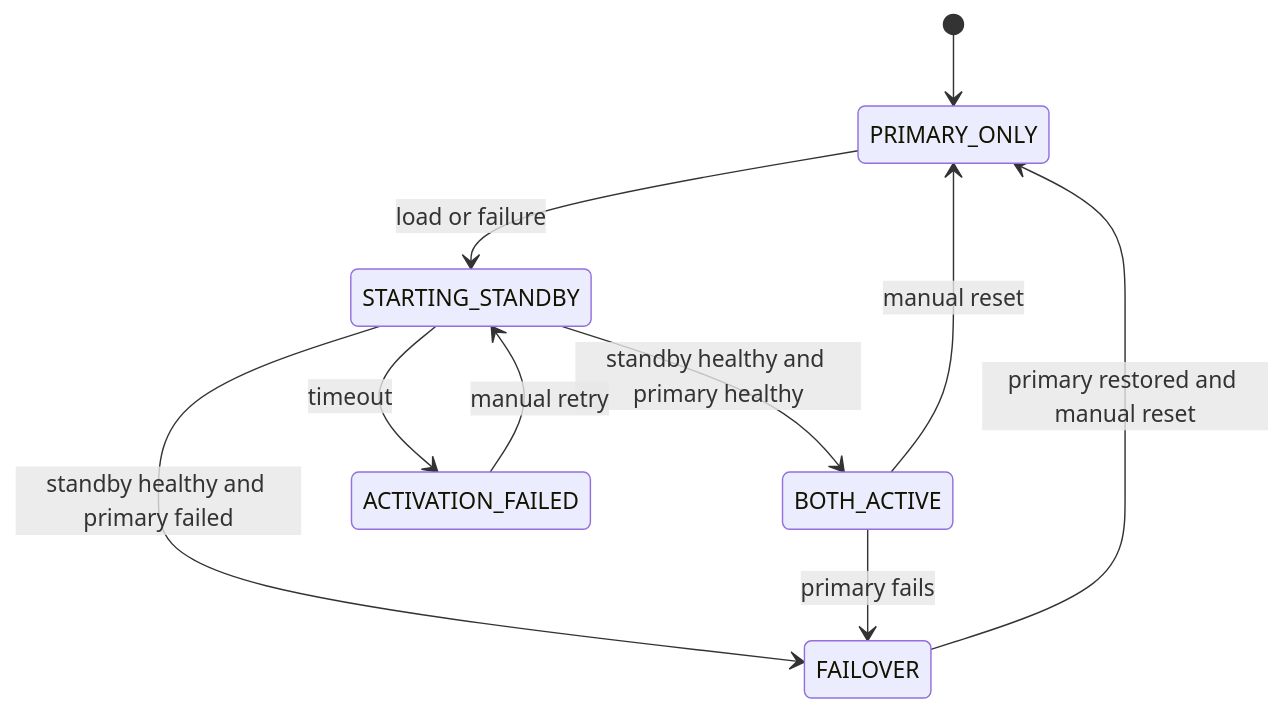
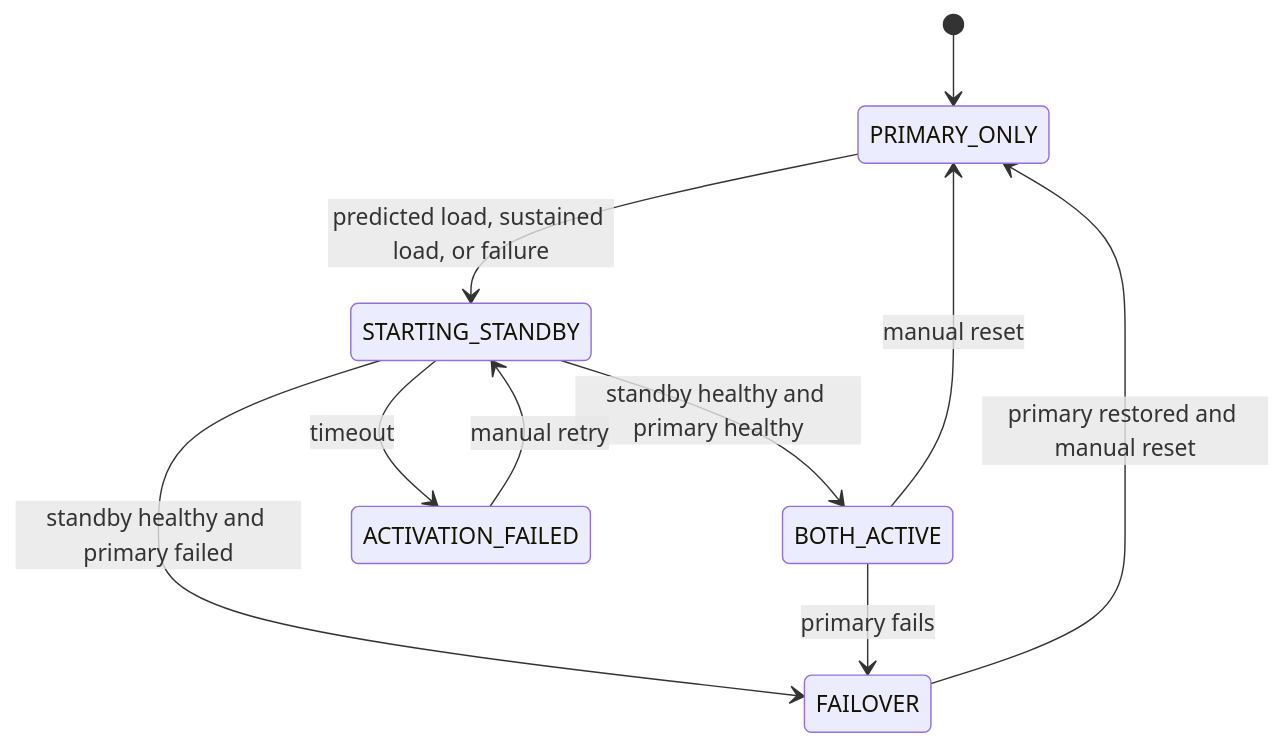
Before and after one commit to samarthsinh2660/Smart-Server-Monitoring: the third of 5 diagrams in docs/idea.md, drawn with Mermaid. The commit also changed other lines of this file and 17 other files, not shown here.

````diff
--- a/docs/idea.md
+++ b/docs/idea.md
@@ -78,12 +104,12 @@
 ```mermaid
 stateDiagram-v2
     [*] --> PRIMARY_ONLY
-    PRIMARY_ONLY --> STARTING_STANDBY: load or failure
+    PRIMARY_ONLY --> STARTING_STANDBY: predicted load, sustained load, or failure
     STARTING_STANDBY --> BOTH_ACTIVE: standby healthy and primary healthy
     STARTING_STANDBY --> FAILOVER: standby healthy and primary failed
     STARTING_STANDBY --> ACTIVATION_FAILED: timeout
     BOTH_ACTIVE --> FAILOVER: primary fails
     ACTIVATION_FAILED --> STARTING_STANDBY: manual retry
     BOTH_ACTIVE --> PRIMARY_ONLY: manual reset
     FAILOVER --> PRIMARY_ONLY: primary restored and manual reset
 ```
````
